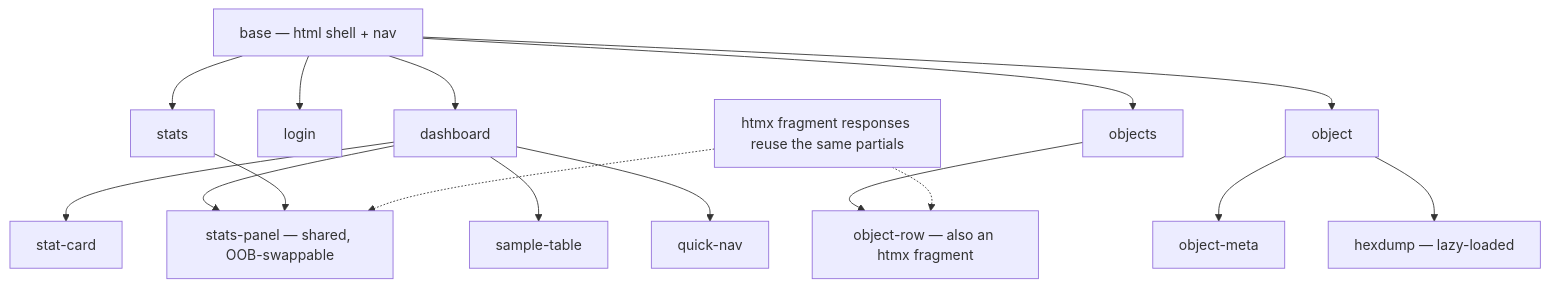
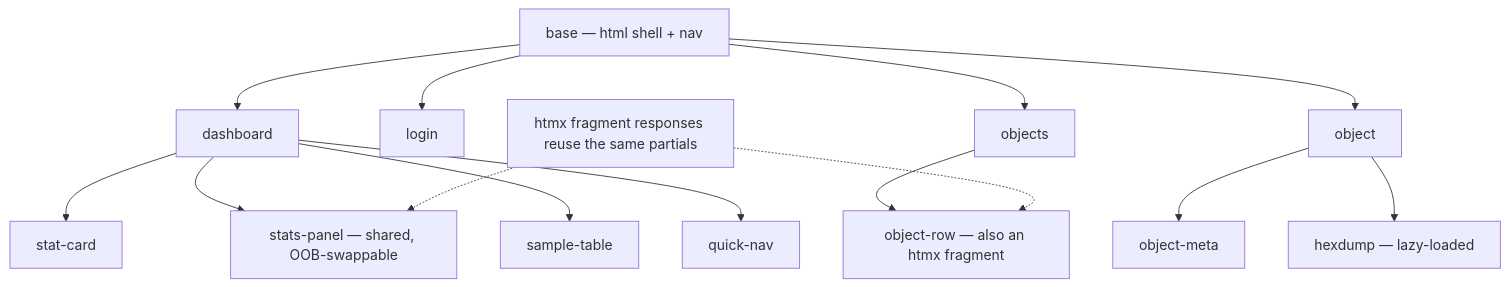
The diagram in .github/instructions/viewer-design.instructions.md (dmundt/go-cask), drawn with Mermaid before and after one commit. The commit also changed other lines of this file and 3 other files, not shown here.

````diff
--- a/.github/instructions/viewer-design.instructions.md
+++ b/.github/instructions/viewer-design.instructions.md
@@ -156,18 +154,16 @@
 ```mermaid
 flowchart TB
     BASE["base — html shell + nav"] --> DASH["dashboard"]
     BASE --> LOGIN["login"]
     BASE --> OBJS["objects"]
     BASE --> OBJ["object"]
-    BASE --> STATS["stats"]
     DASH --> STATCARD["stat-card"]
     DASH --> STATSP["stats-panel — shared, OOB-swappable"]
     DASH --> SAMPLE["sample-table"]
     DASH --> QNAV["quick-nav"]
     OBJS --> OROW["object-row — also an htmx fragment"]
     OBJ --> OMETA["object-meta"]
     OBJ --> HEX["hexdump — lazy-loaded"]
-    STATS --> STATSP
     FRAG["htmx fragment responses reuse the same partials"] -.-> OROW
     FRAG -.-> STATSP
 ```
````
